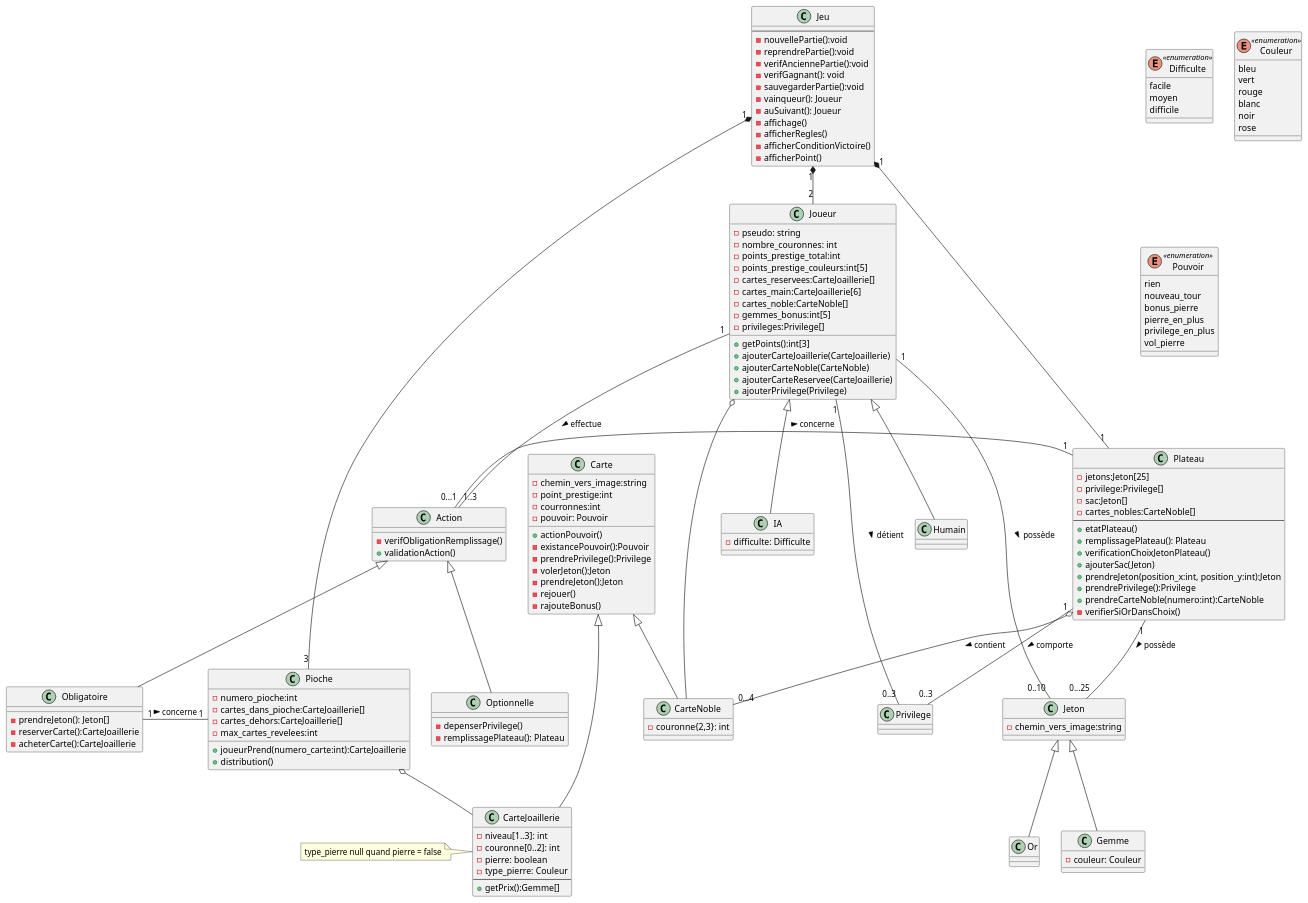
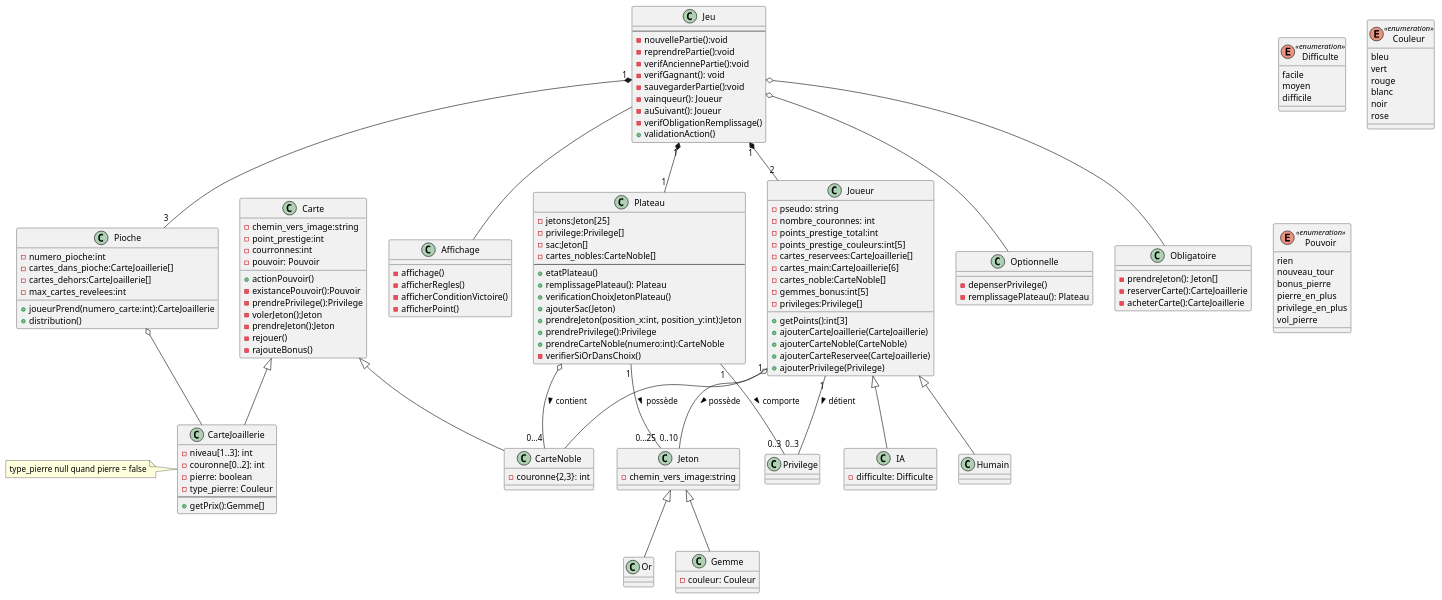
One commit to LaylaLunae/Splendor-duel changed the diagram in SplendorUML.puml. Above: the diagram before and after it, drawn with PlantUML.

Commit message:
rajout de la classe affichage et action dans jeu

```diff
--- a/SplendorUML.puml
+++ b/SplendorUML.puml
@@ -1,186 +1,182 @@
 @startuml
 
 class Jeu {
 --
 - nouvellePartie():void
 - reprendrePartie():void
 - verifAnciennePartie():void
 - verifGagnant(): void
 - sauvegarderPartie():void
 - vainqueur(): Joueur
 - auSuivant(): Joueur
+- verifObligationRemplissage()
++ validationAction()
+}
+
+Class Affichage{
 - affichage()
 - afficherRegles()
 - afficherConditionVictoire()
 - afficherPoint()
 }
 
 
 class Plateau {
 - jetons:Jeton[25]
 - privilege:Privilege[]
 - sac:Jeton[]
 - cartes_nobles:CarteNoble[]
 --
 + etatPlateau()
 + remplissagePlateau(): Plateau
 + verificationChoixJetonPlateau()
 + ajouterSac(Jeton)
 + prendreJeton(position_x:int, position_y:int):Jeton
 + prendrePrivilege():Privilege
 + prendreCarteNoble(numero:int):CarteNoble
 - verifierSiOrDansChoix()
 }
 
 
 
 class Joueur {
 - pseudo: string
 - nombre_couronnes: int
 - points_prestige_total:int
 - points_prestige_couleurs:int[5]
 - cartes_reservees:CarteJoaillerie[]
 - cartes_main:CarteJoaillerie[6]
 - cartes_noble:CarteNoble[]
 - gemmes_bonus:int[5]
 - privileges:Privilege[]
 + getPoints():int[3]
 + ajouterCarteJoaillerie(CarteJoaillerie)
 + ajouterCarteNoble(CarteNoble)
 + ajouterCarteReservee(CarteJoaillerie)
 + ajouterPrivilege(Privilege)
 }
 
 class IA {
 - difficulte: Difficulte
 }
 
 enum Difficulte <<enumeration>> {
  facile
  moyen
  difficile
 }
 
 class Jeton {
 - chemin_vers_image:string
 }
 class Privilege {
 }
 class Or {
 }
 class Gemme {
 -couleur: Couleur
 }
 enum Couleur <<enumeration>> {
  bleu
  vert
  rouge
  blanc
  noir
  rose
 }
 
 
 class Pioche{
 - numero_pioche:int
 - cartes_dans_pioche:CarteJoaillerie[]
 - cartes_dehors:CarteJoaillerie[]
 - max_cartes_revelees:int
 + joueurPrend(numero_carte:int):CarteJoaillerie
 + distribution()
 }
 class Carte {
 - chemin_vers_image:string
 - point_prestige:int
 - courronnes:int
 - pouvoir: Pouvoir
 + actionPouvoir()
 - existancePouvoir():Pouvoir
 - prendrePrivilege():Privilege
 - volerJeton():Jeton
 - prendreJeton():Jeton
 - rejouer()
 - rajouteBonus()
 }
 
 class CarteNoble {
 -couronne{2,3}: int
 }
 
 class CarteJoaillerie {
 -niveau[1..3]: int
 -couronne[0..2]: int
 -pierre: boolean
 -type_pierre: Couleur
 --
 + getPrix():Gemme[]
 }
 note left: type_pierre null quand pierre = false
 
 
 enum Pouvoir <<enumeration>> {
  rien
  nouveau_tour
  bonus_pierre
  pierre_en_plus
  privilege_en_plus
  vol_pierre
 }
 
 
-
-class Action {
-- verifObligationRemplissage()
-+ validationAction()
-}
-
 class Optionnelle {
 - depenserPrivilege()
 - remplissagePlateau(): Plateau
 }
 
 class Obligatoire {
 - prendreJeton(): Jeton[]
 - reserverCarte():CarteJoaillerie
 - acheterCarte():CarteJoaillerie
 }
-
-
 
 
 Joueur <|-- IA
 Joueur <|-- Humain
 
 Jeu "1" *-- "1" Plateau
 Jeu "1" *-- "2" Joueur
 Jeu "1" *-- "3" Pioche
 
 
 Plateau "1" -- "0...25" Jeton: possède >
 Plateau "1"--"0..3" Privilege: comporte >
 Plateau o--"0...4" CarteNoble: contient >
 'Plateau "1"-"3" Pioche
 
 Pioche o-- CarteJoaillerie
 
 Jeton <|-- Or
 Jeton <|-- Gemme
 
 Joueur "1" -- "0..3" Privilege: détient >
 Joueur "1" -- "0..10" Jeton: possède >
-Joueur "1"-- "1..3" Action: effectue >
 Joueur o-- CarteNoble
 
 Carte <|-- CarteNoble
 Carte <|-- CarteJoaillerie
 '(CarteJoaillerie, Pierre) .. AchatCarte
 
+Jeu -- Affichage
 
-Action <|-- Optionnelle
-Action <|-- Obligatoire
-Action "0...1"-"1" Plateau : concerne >
-Obligatoire "1"-"1" Pioche : concerne >
+Jeu o-- Optionnelle
+Jeu o-- Obligatoire
+
 
 
 
 @enduml
```
